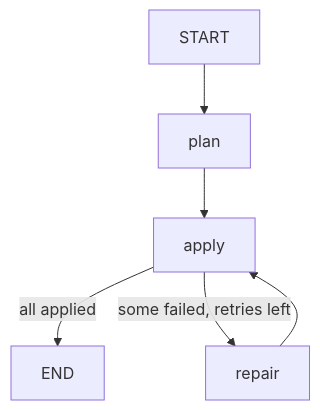
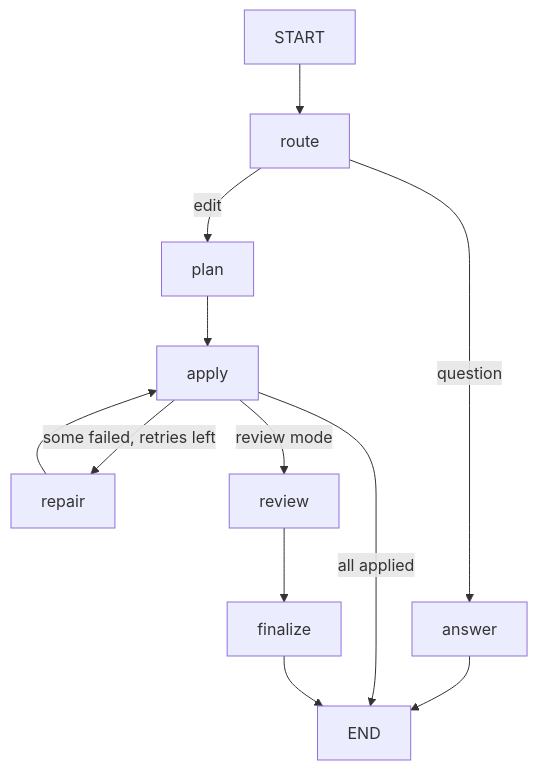
Before and after one commit to MSommo/ResuMaker: the second of 2 diagrams in README.md, drawn with Mermaid. The commit also changed other lines of this file, not shown here.

Commit message:
Docs: router, review mode, history, new endpoints and MCP tools

````diff
--- a/README.md
+++ b/README.md
@@ -83,6 +83,9 @@
 ```mermaid
 graph TD;
-  START --> plan --> apply;
+  START --> route;
+  route -->|question| answer --> END;
+  route -->|edit| plan --> apply;
   apply -->|all applied| END;
   apply -->|some failed, retries left| repair --> apply;
+  apply -->|review mode| review --> finalize --> END;
 ```
````
